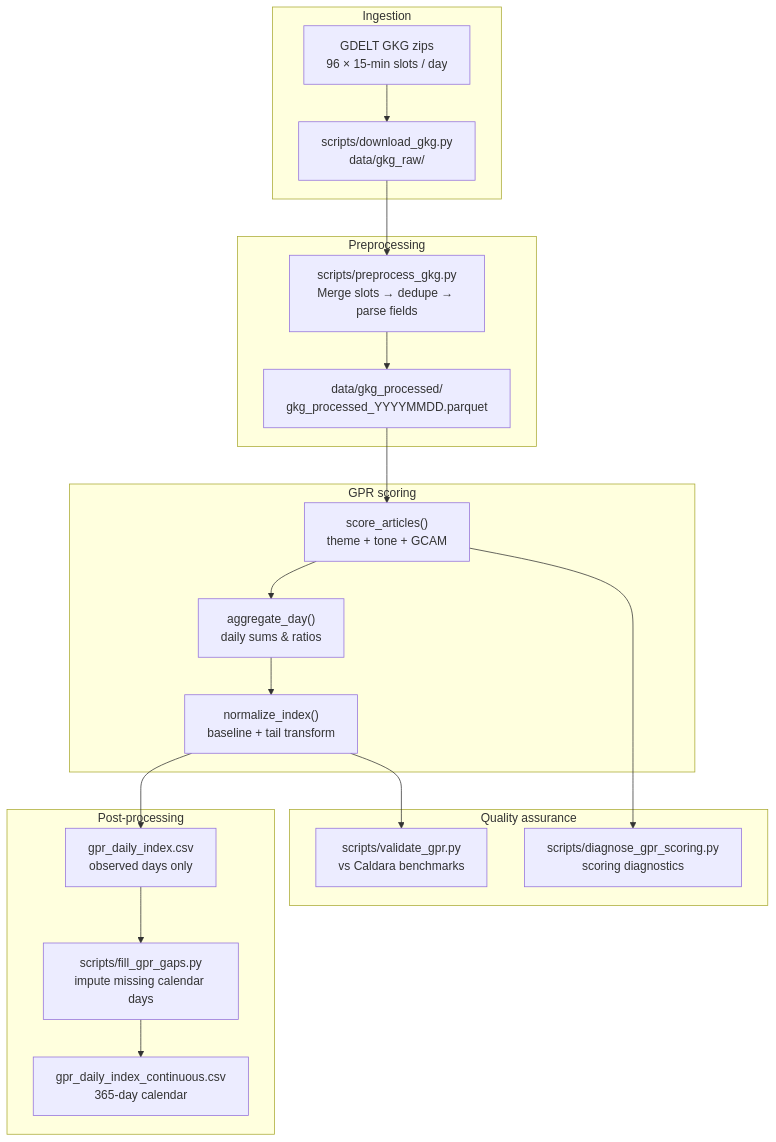
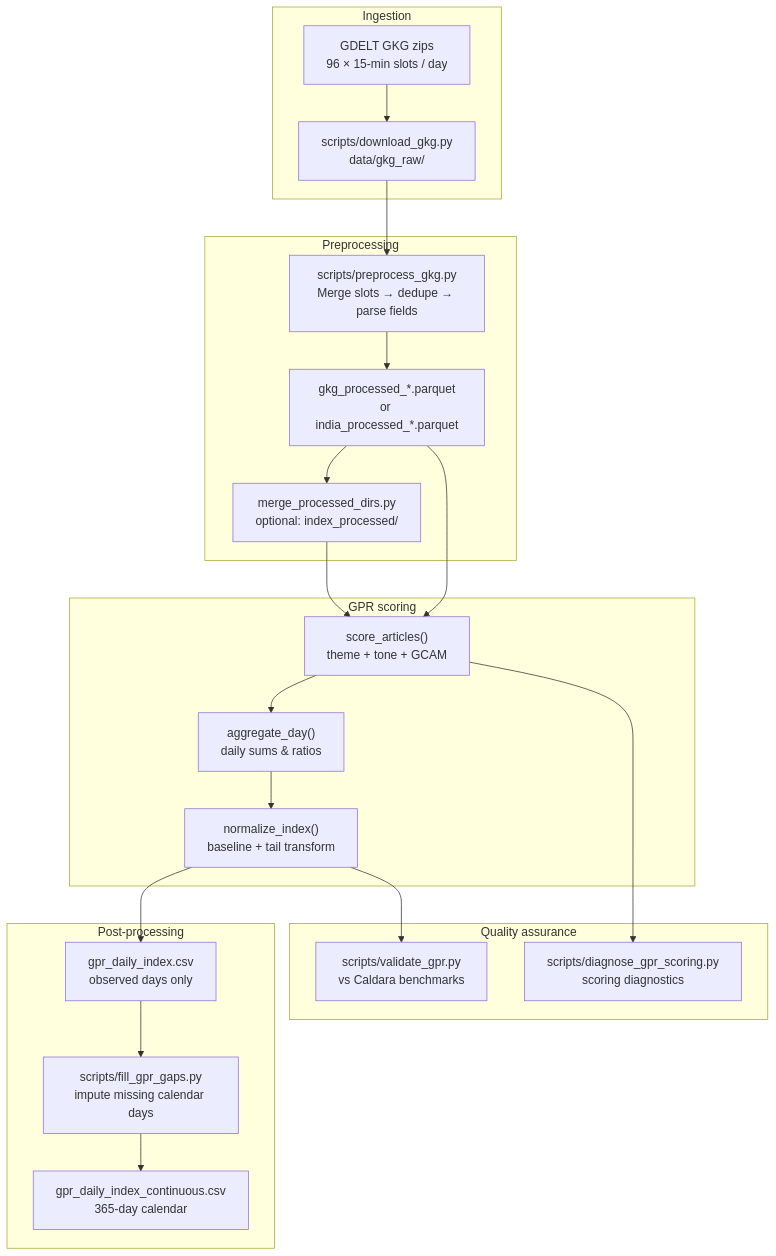
Before and after one commit to VanshGupta18/Forsyt: the first of 5 diagrams in gpr_index/docs/gpr-theory.md, drawn with Mermaid. The commit also changed other lines of this file and 20 other files, not shown here.

````diff
--- a/gpr_index/docs/gpr-theory.md
+++ b/gpr_index/docs/gpr-theory.md
@@ -88,35 +92,38 @@
 ```mermaid
 flowchart TB
     subgraph ingest["Ingestion"]
         A["GDELT GKG zips<br/>96 × 15-min slots / day"]
         B["scripts/download_gkg.py<br/>data/gkg_raw/"]
     end
 
     subgraph prep["Preprocessing"]
         C["scripts/preprocess_gkg.py<br/>Merge slots → dedupe → parse fields"]
-        D["data/gkg_processed/<br/>gkg_processed_YYYYMMDD.parquet"]
+        D["gkg_processed_*.parquet<br/>or india_processed_*.parquet"]
+        M["merge_processed_dirs.py<br/>optional: index_processed/"]
     end
 
     subgraph score["GPR scoring"]
         E["score_articles()<br/>theme + tone + GCAM"]
         F["aggregate_day()<br/>daily sums & ratios"]
         G["normalize_index()<br/>baseline + tail transform"]
     end
 
     subgraph post["Post-processing"]
         H["gpr_daily_index.csv<br/>observed days only"]
         I["scripts/fill_gpr_gaps.py<br/>impute missing calendar days"]
         J["gpr_daily_index_continuous.csv<br/>365-day calendar"]
     end
 
     subgraph qa["Quality assurance"]
         K["scripts/validate_gpr.py<br/>vs Caldara benchmarks"]
         L["scripts/diagnose_gpr_scoring.py<br/>scoring diagnostics"]
     end
 
     A --> B --> C --> D
+    D --> M
+    M --> E
     D --> E --> F --> G --> H
     H --> I --> J
     G --> K
     E --> L
 ```
````
